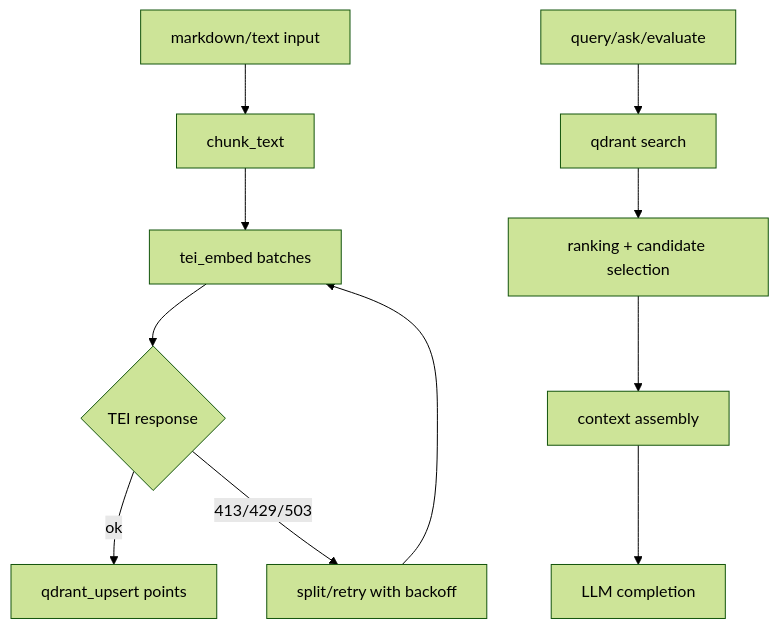
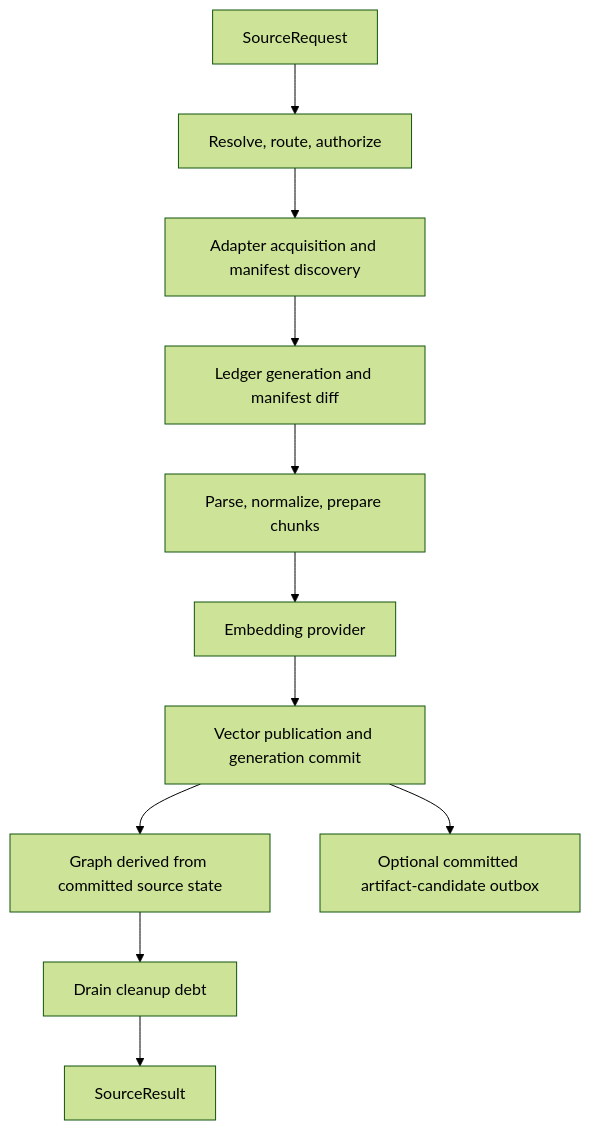
One commit to dinglebear-ai/axon changed the second of 3 diagrams in docs/architecture/overview.md. Above: the diagram before and after it, drawn with Mermaid (forest theme). The commit also changed other lines of this file and 161 other files, not shown here.

````diff
--- a/docs/architecture/overview.md
+++ b/docs/architecture/overview.md
@@ -216,14 +96,13 @@
 ```mermaid
 flowchart TD
-  A[markdown/text input] --> B[chunk_text]
-  B --> C[tei_embed batches]
-  C --> D{TEI response}
-  D -->|ok| E[qdrant_upsert points]
-  D -->|413/429/503| F[split/retry with backoff]
-  F --> C
-
-  Q[query/ask/evaluate] --> R[qdrant search]
-  R --> S[ranking + candidate selection]
-  S --> T[context assembly]
-  T --> U[LLM completion]
+  Request[SourceRequest] --> Resolve[Resolve, route, authorize]
+  Resolve --> Acquire[Adapter acquisition and manifest discovery]
+  Acquire --> Ledger[Ledger generation and manifest diff]
+  Ledger --> Prepare[Parse, normalize, prepare chunks]
+  Prepare --> Embed[Embedding provider]
+  Embed --> Publish[Vector publication and generation commit]
+  Publish --> Graph[Graph derived from committed source state]
+  Graph --> Cleanup[Drain cleanup debt]
+  Cleanup --> Result[SourceResult]
+  Publish --> Evidence[Optional committed artifact-candidate outbox]
 ```
````
